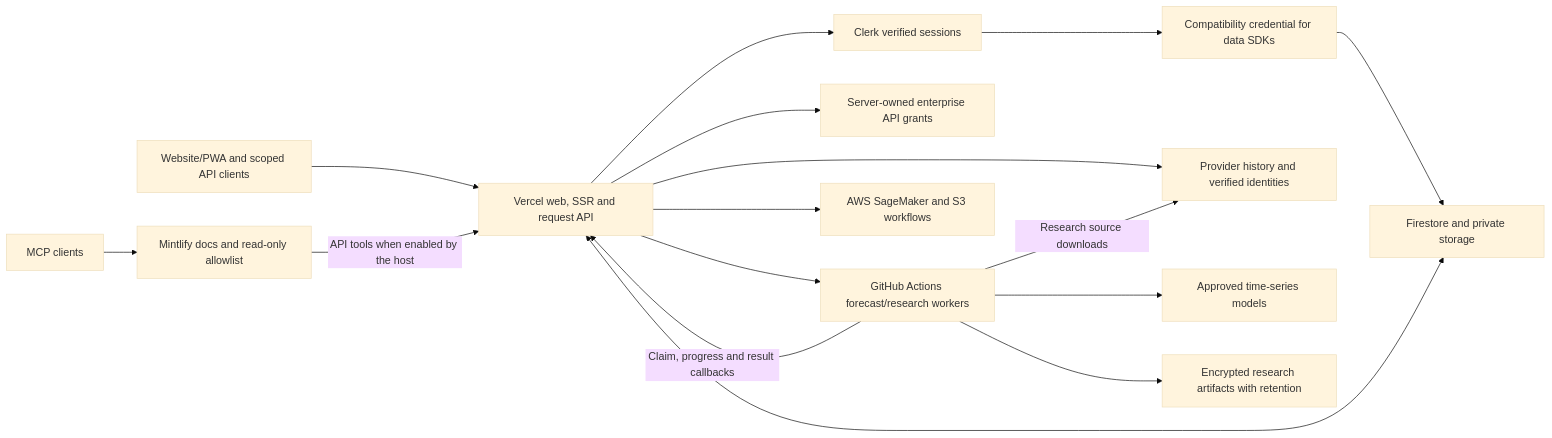
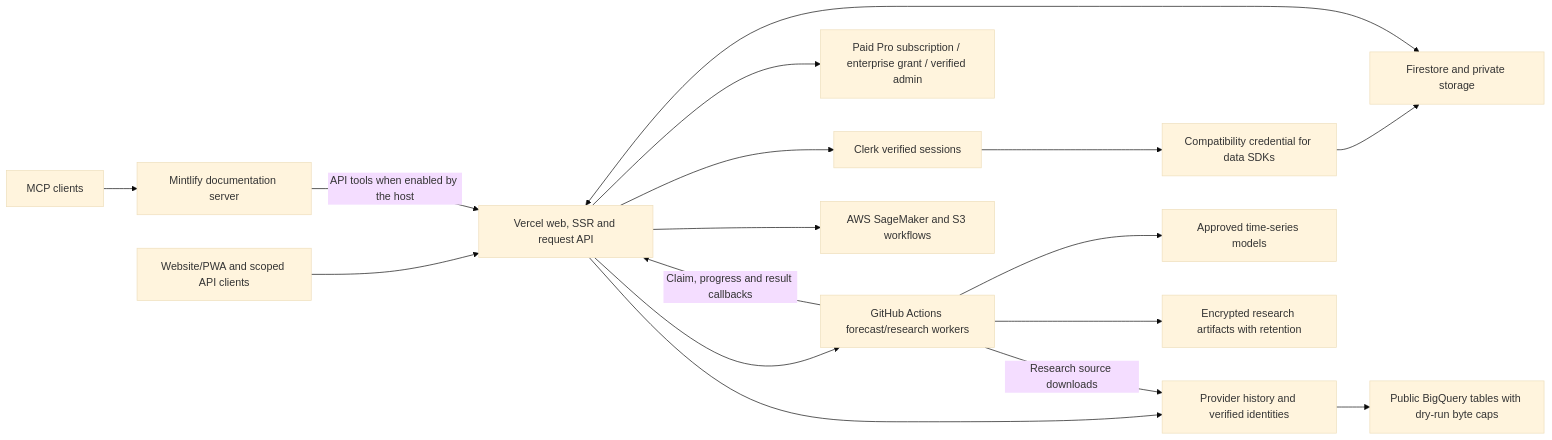
One commit to tamzid2001/stockssagemakerdata changed the first of 2 diagrams in README.md. Above: the diagram before and after it, drawn with Mermaid (base theme). The commit also changed other lines of this file and 64 other files, not shown here.

Commit message:
Restore paid Clerk API keys and admin Pro; add BigQuery research and Bluesky

````diff
--- a/README.md
+++ b/README.md
@@ -113,18 +113,19 @@
 ```mermaid
 flowchart LR
     Clients[Website/PWA and scoped API clients] --> API[Vercel web, SSR and request API]
     API --> Identity[Clerk verified sessions]
     Identity --> Bridge[Compatibility credential for data SDKs]
     Bridge --> State
-    API --> Enterprise[Server-owned enterprise API grants]
+    API --> Entitlement[Paid Pro subscription / enterprise grant / verified admin]
     API <--> State[Firestore and private storage]
     API --> Data[Provider history and verified identities]
+    Data --> BigQuery[Public BigQuery tables with dry-run byte caps]
     API --> Workers[GitHub Actions forecast/research workers]
     Workers --> Models[Approved time-series models]
     Workers -->|Claim, progress and result callbacks| API
     Workers -->|Research source downloads| Data
     Workers --> Artifacts[Encrypted research artifacts with retention]
     API --> Legacy[AWS SageMaker and S3 workflows]
-    MCP[MCP clients] --> Docs[Mintlify docs and read-only allowlist]
+    MCP[MCP clients] --> Docs[Mintlify documentation server]
     Docs -->|API tools when enabled by the host| API
 ```
````
